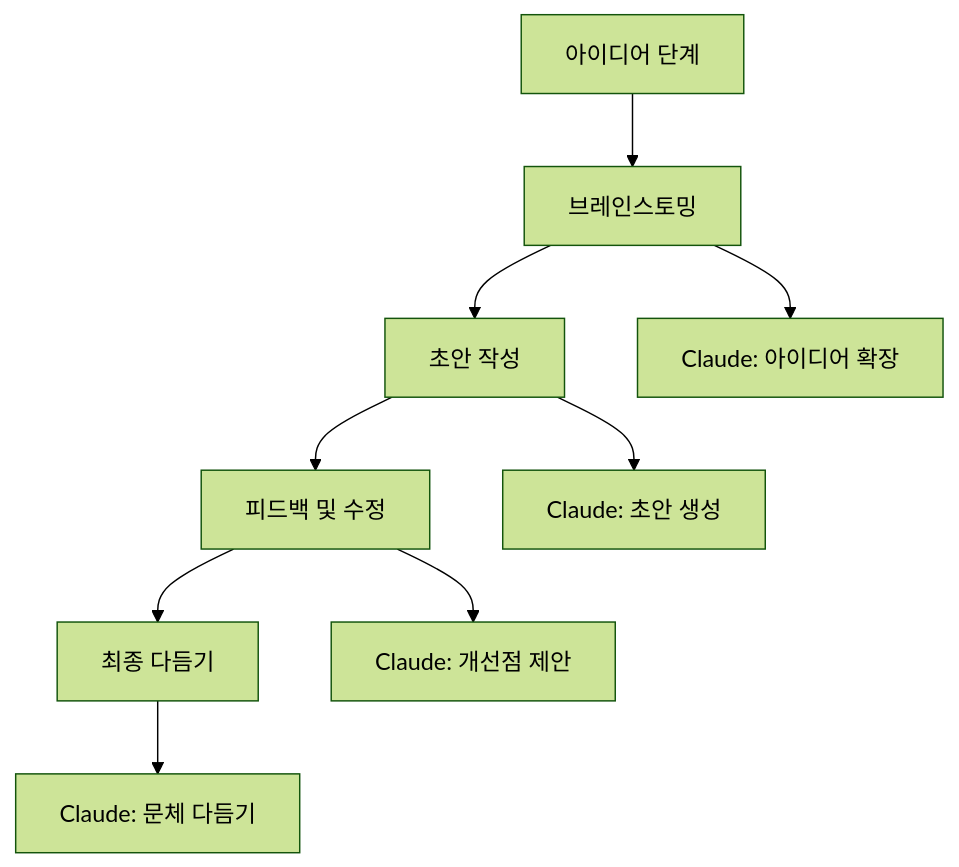
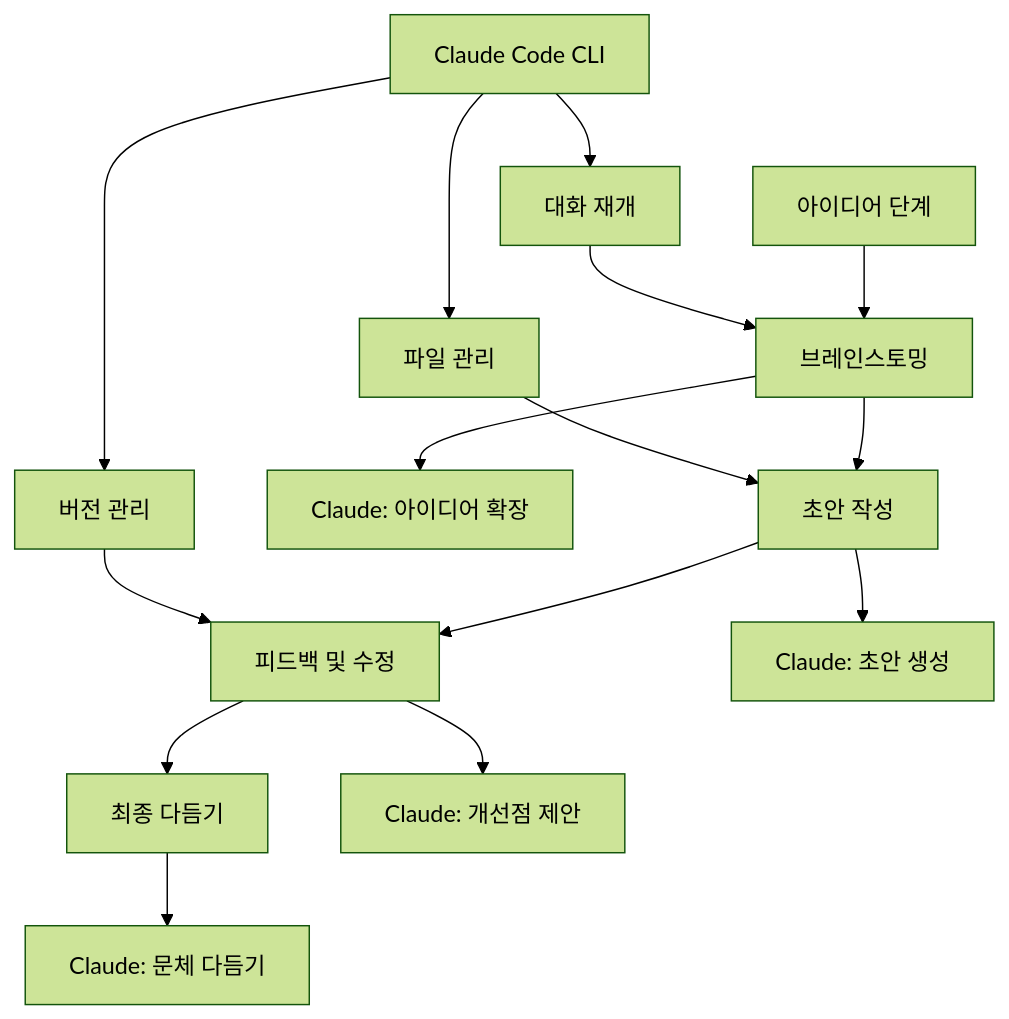
Before and after one commit to parklabo/parklabo.github.io: the first of 2 diagrams in _posts/2025-07-20-claude-series-05-creative-work-with-claude.markdown, drawn with Mermaid (forest theme). The commit also changed other lines of this file, not shown here.

Commit message:
feat: Claude 입문 #5: 창작 작업에 Claude Code CLI 기능 추가 및 내용 보강

````diff
--- a/_posts/2025-07-20-claude-series-05-creative-work-with-claude.markdown
+++ b/_posts/2025-07-20-claude-series-05-creative-work-with-claude.markdown
@@ -25,12 +27,20 @@
 ```mermaid
 graph TD
     A[아이디어 단계] --> B[브레인스토밍]
     B --> C[초안 작성]
     C --> D[피드백 및 수정]
     D --> E[최종 다듬기]
     
     B --> F[Claude: 아이디어 확장]
     C --> G[Claude: 초안 생성]
     D --> H[Claude: 개선점 제안]
     E --> I[Claude: 문체 다듬기]
+    
+    J[Claude Code CLI] --> K[파일 관리]
+    J --> L[버전 관리]
+    J --> M[대화 재개]
+    
+    K --> C
+    L --> D
+    M --> B
 ```
````
